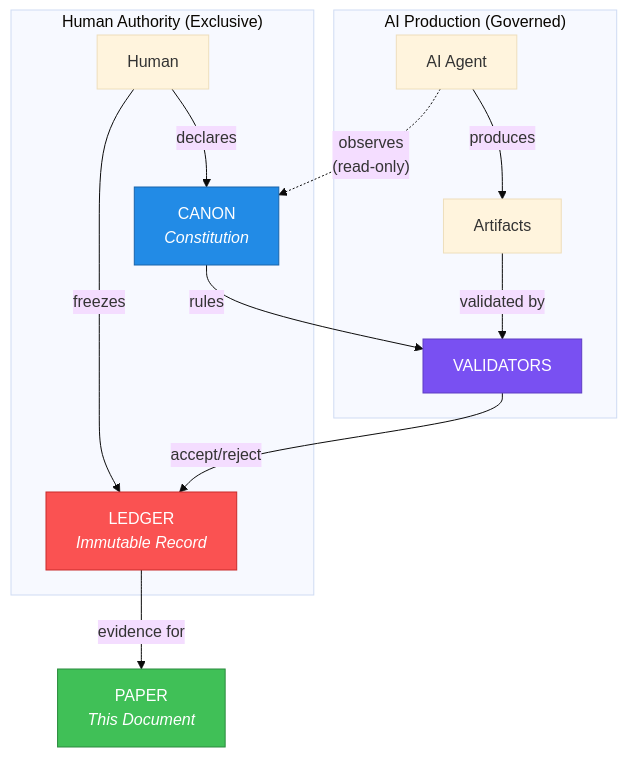
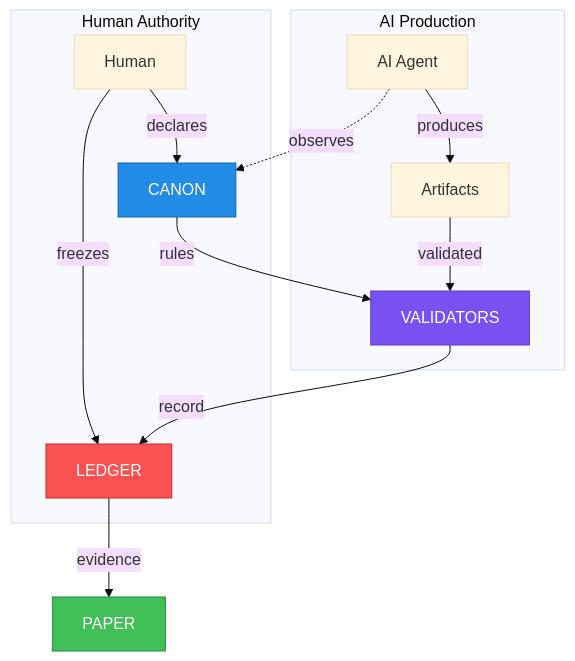
The third of 7 diagrams in manuscript.md (canonic-machine/paper), drawn with Mermaid (base theme) before and after one commit. The commit also changed other lines of this file and 242 other files, not shown here.

````diff
--- a/manuscript.md
+++ b/manuscript.md
@@ -252,23 +286,23 @@
 ```mermaid
 flowchart TB
-    subgraph Authority["Human Authority (Exclusive)"]
-        H["Human"] -->|"declares"| CANON["CANON<br/><i>Constitution</i>"]
-        H -->|"freezes"| LEDGER["LEDGER<br/><i>Immutable Record</i>"]
+    subgraph Authority["Human Authority"]
+        H["Human"] -->|"declares"| CANON["CANON"]
+        H -->|"freezes"| LEDGER["LEDGER"]
     end
 
-    subgraph Production["AI Production (Governed)"]
+    subgraph Production["AI Production"]
         AI["AI Agent"] -->|"produces"| ARTIFACTS["Artifacts"]
-        ARTIFACTS -->|"validated by"| VALIDATORS["VALIDATORS"]
+        ARTIFACTS -->|"validated"| VALIDATORS["VALIDATORS"]
     end
 
     CANON -->|"rules"| VALIDATORS
-    VALIDATORS -->|"accept/reject"| LEDGER
-    LEDGER -->|"evidence for"| PAPER["PAPER<br/><i>This Document</i>"]
+    VALIDATORS -->|"record"| LEDGER
+    LEDGER -->|"evidence"| PAPER["PAPER"]
 
-    AI -.->|"observes<br/>(read-only)"| CANON
+    AI -.->|"observes"| CANON
 
     style CANON fill:#228be6,stroke:#1864ab,color:white
     style VALIDATORS fill:#7950f2,stroke:#5f3dc4,color:white
     style LEDGER fill:#fa5252,stroke:#c92a2a,color:white
     style PAPER fill:#40c057,stroke:#2b8a3e,color:white
 ```
````
